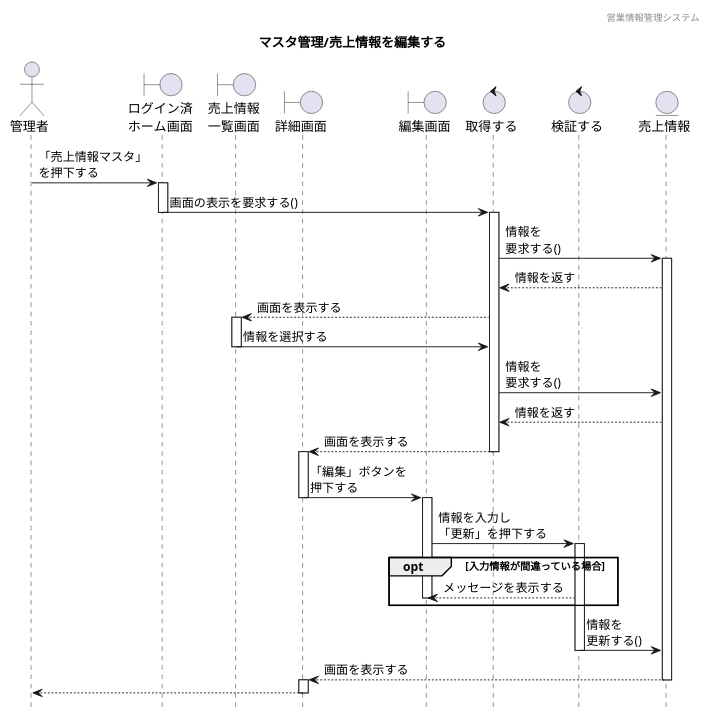
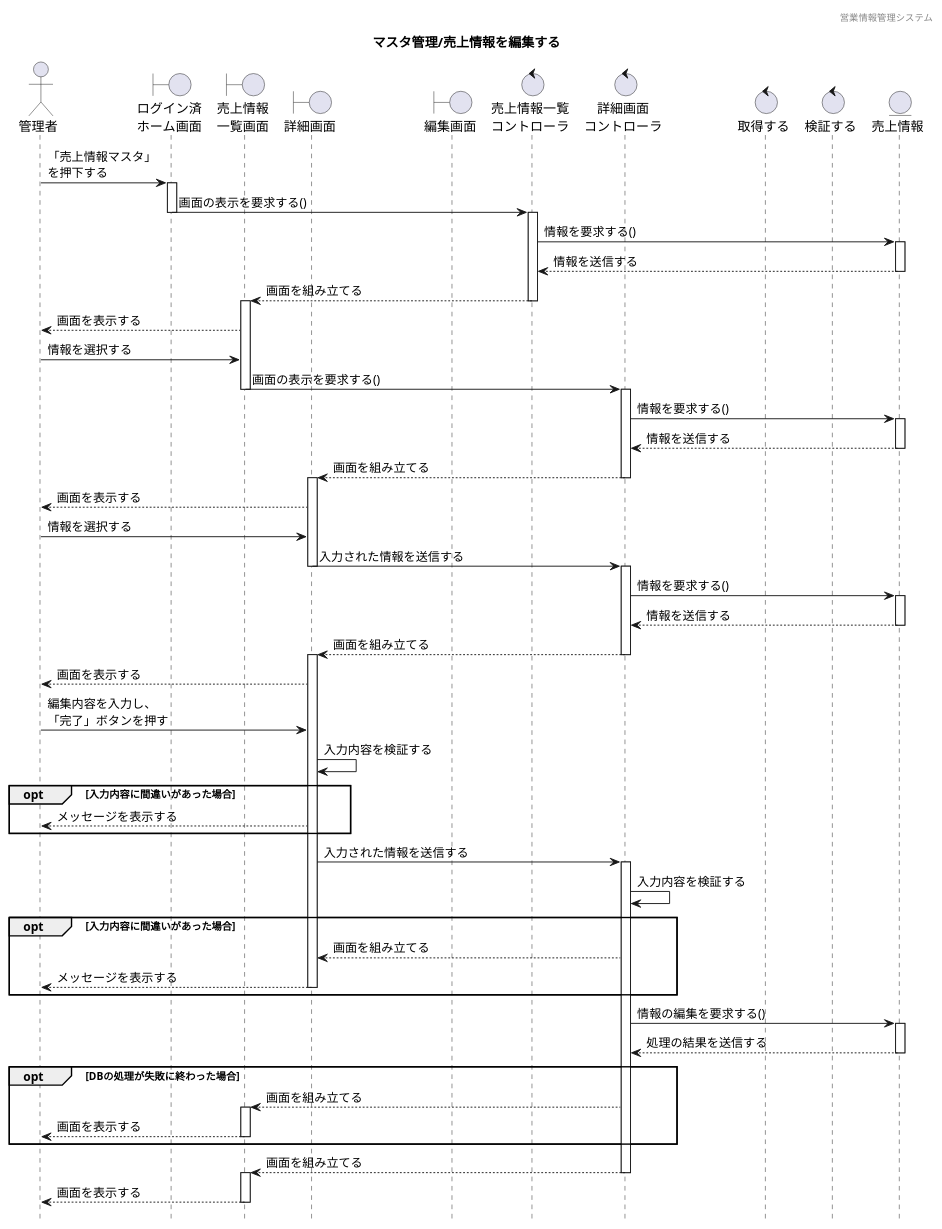
Before and after one commit to HaruShim/Sotuken: the diagram in 各種設計書/4シーケンス図/マスタ管理/6.売上情報マスタ/売上情報管理_編集.plantuml, drawn with PlantUML. The commit also changed 1 other file, not shown here.

```diff
--- a/各種設計書/4シーケンス図/マスタ管理/6.売上情報マスタ/売上情報管理_編集.plantuml
+++ b/各種設計書/4シーケンス図/マスタ管理/6.売上情報マスタ/売上情報管理_編集.plantuml
@@ -1,56 +1,125 @@
 @startuml sequence
 
 hide footbox
 header 営業情報管理システム
 title マスタ管理/売上情報を編集する
 
 ' actor "" as a
 actor "管理者" as a1
 
 ' boundary "" as b
 boundary "ログイン済\nホーム画面" as b1
 boundary "売上情報\n一覧画面" as b2
 boundary "詳細画面" as b3
 boundary "編集画面" as b4
 
 ' control "" as c
-control "取得する" as c1
-control "検証する" as c2
+control "売上情報一覧\nコントローラ" as c1
+control "詳細画面\nコントローラ" as c2
+control "取得する" as c3
+control "検証する" as c4
 
 ' entity "" as e
 entity "売上情報" as e1
 
-a1 -> b1 :「売上情報マスタ」\nを押下する
+a1 -> b1:「売上情報マスタ」\nを押下する
 activate b1
-b1 -> c1 : 画面の表示を要求する()
+b1 -> c1:画面の表示を要求する()
 deactivate b1
 activate c1
-c1 -> e1:情報を\n要求する()
+c1 -> e1 : 情報を要求する()
 activate e1
-e1 --> c1:情報を返す
-c1 --> b2:画面を表示する
+e1 --> c1 : 情報を送信する
+deactivate e1
+c1 --> b2: 画面を組み立てる
+deactivate c1
 activate b2
-b2 -> c1:情報を選択する
+b2 --> a1 : 画面を表示する
+a1 -> b2 : 情報を選択する
+b2 -> c2 : 画面の表示を要求する()
 deactivate b2
-c1 -> e1:情報を\n要求する()
-e1 --> c1:情報を返す
-c1 --> b3:画面を表示する
-deactivate c1
+activate c2
+c2 -> e1 : 情報を要求する()
+activate e1
+e1 --> c2 : 情報を送信する
+deactivate e1
+c2 --> b3 : 画面を組み立てる
+deactivate c2
 activate b3
-b3 -> b4:「編集」ボタンを\n押下する
+b3 --> a1 : 画面を表示する
+a1 -> b3 : 情報を選択する
+b3 -> c2 : 入力された情報を送信する
 deactivate b3
-activate b4
-b4 -> c2:情報を入力し\n「更新」を押下する
 activate c2
-opt 入力情報が間違っている場合
-c2 --> b4:メッセージを表示する
-deactivate b4
+c2 -> e1 : 情報を要求する()
+activate e1
+e1 --> c2 : 情報を送信する
+deactivate e1
+c2 --> b3 : 画面を組み立てる
+deactivate c2
+activate b3
+b3 --> a1 : 画面を表示する
+a1 -> b3 : 編集内容を入力し、\n「完了」ボタンを押す
+b3 -> b3 : 入力内容を検証する
+opt 入力内容に間違いがあった場合
+b3 --> a1 : メッセージを表示する
 end
-c2 -> e1:情報を\n更新する()
+b3 -> c2 : 入力された情報を送信する
+activate c2
+c2 -> c2 : 入力内容を検証する
+opt 入力内容に間違いがあった場合
+c2 --> b3: 画面を組み立てる
+b3 --> a1 : メッセージを表示する 
+deactivate b3
+end
+c2 -> e1 : 情報の編集を要求する()
+activate e1
+e1 --> c2 : 処理の結果を送信する
+deactivate e1
+opt DBの処理が失敗に終わった場合
+c2 --> b2 : 画面を組み立てる
+
+activate b2
+b2 --> a1 : 画面を表示する
+deactivate b2
+end
+c2 --> b2 : 画面を組み立てる
 deactivate c2
-e1 --> b3:画面を表示する
-deactivate e1
-activate b3
-b3 --> a1
-deactivate b3
+activate b2
+b2 --> a1 : 画面を表示する
+deactivate b2
+
+' a1 -> b1 :「売上情報マスタ」\nを押下する
+' activate b1
+' b1 -> c1 : 画面の表示を要求する()
+' deactivate b1
+' activate c1
+' c1 -> e1:情報を\n要求する()
+' activate e1
+' e1 --> c1:情報を返す
+' c1 --> b2:画面を表示する
+' activate b2
+' b2 -> c1:情報を選択する
+' deactivate b2
+' c1 -> e1:情報を\n要求する()
+' e1 --> c1:情報を返す
+' c1 --> b3:画面を表示する
+' deactivate c1
+' activate b3
+' b3 -> b4:「編集」ボタンを\n押下する
+' deactivate b3
+' activate b4
+' b4 -> c2:情報を入力し\n「更新」を押下する
+' activate c2
+' opt 入力情報が間違っている場合
+' c2 --> b4:メッセージを表示する
+' deactivate b4
+' end
+' c2 -> e1:情報を\n更新する()
+' deactivate c2
+' e1 --> b3:画面を表示する
+' deactivate e1
+' activate b3
+' b3 --> a1
+' deactivate b3
 @enduml
```
